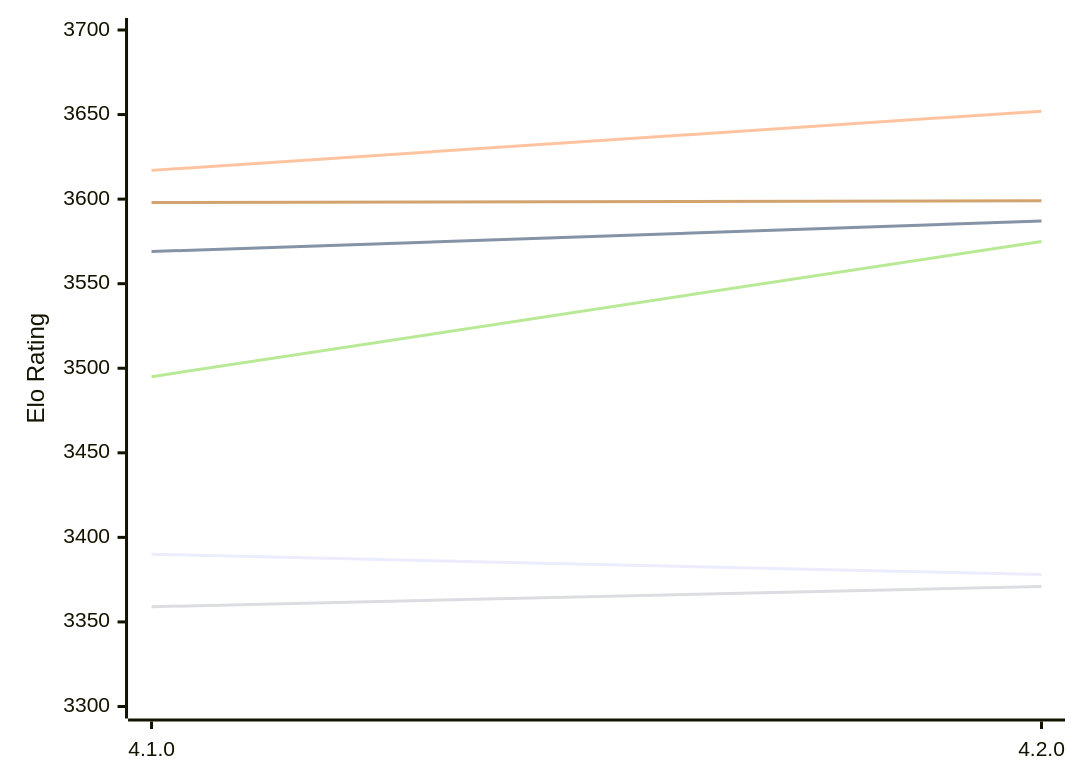
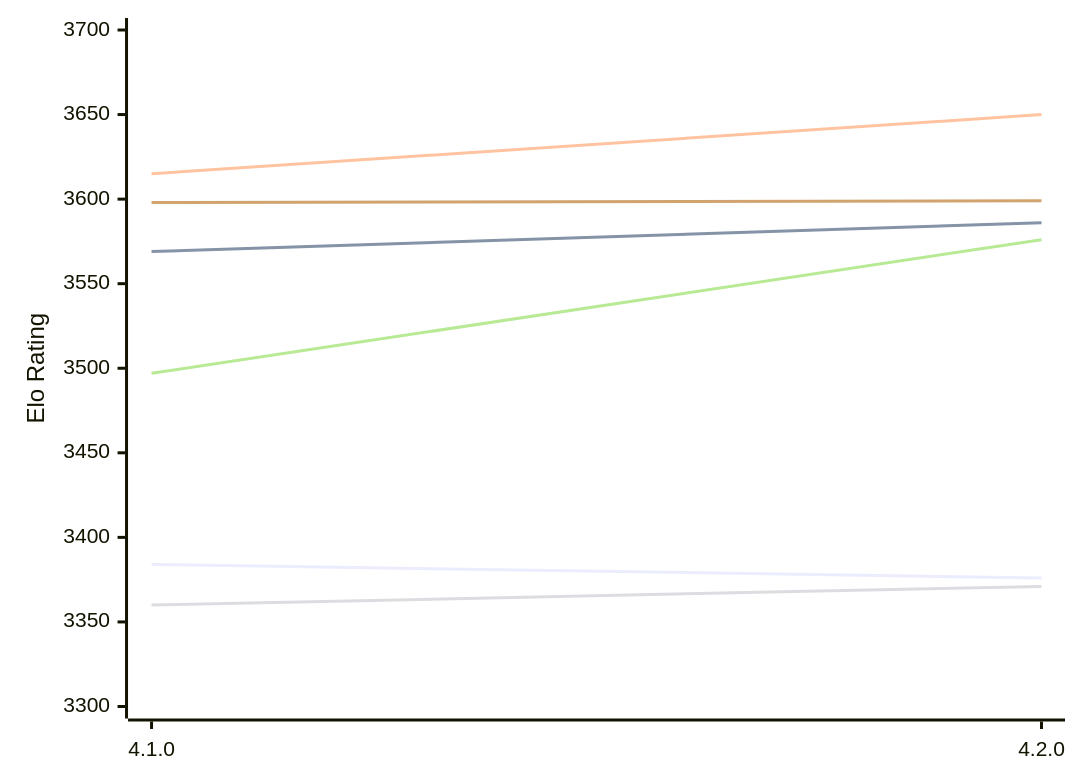
The first of 2 diagrams in engines/Raphael.md (computer-chess-index/cci), drawn with Mermaid before and after one commit. The commit also changed other lines of this file, not shown here.

Commit message:
Update CCI Ratings (ELO VLTC) - 2026-11-28

````diff
--- a/engines/Raphael.md
+++ b/engines/Raphael.md
@@ -59,12 +59,12 @@
 ```mermaid
 %%{init: {"theme":"base","themeVariables":{"seriesColors:['#a3a3a3','#222221','#faa371']}}}%%
 xychart-beta
   x-axis ["4.1.0", "4.2.0"]
   y-axis "Elo Rating" 3300 --> 3700
-  line "E1: STC (8.0+0.08s)" [3390, 3378]
-  line "E1: LTC (60.0+0.60s)" [3569, 3587]
-  line "E1: VLTC (2m24s+1.12s)" [3617, 3652]
-  line "P1: STC (8.0+0.08s)" [3359, 3371]
-  line "P1: LTC (60.0+0.60s)" [3495, 3575]
+  line "E1: STC (8.0+0.08s)" [3384, 3376]
+  line "E1: LTC (60.0+0.60s)" [3569, 3586]
+  line "E1: VLTC (2m24s+1.12s)" [3615, 3650]
+  line "P1: STC (8.0+0.08s)" [3360, 3371]
+  line "P1: LTC (60.0+0.60s)" [3497, 3576]
   line "P1: VLTC (2m24s+1.12s)" [3598, 3599]
 ```
````
